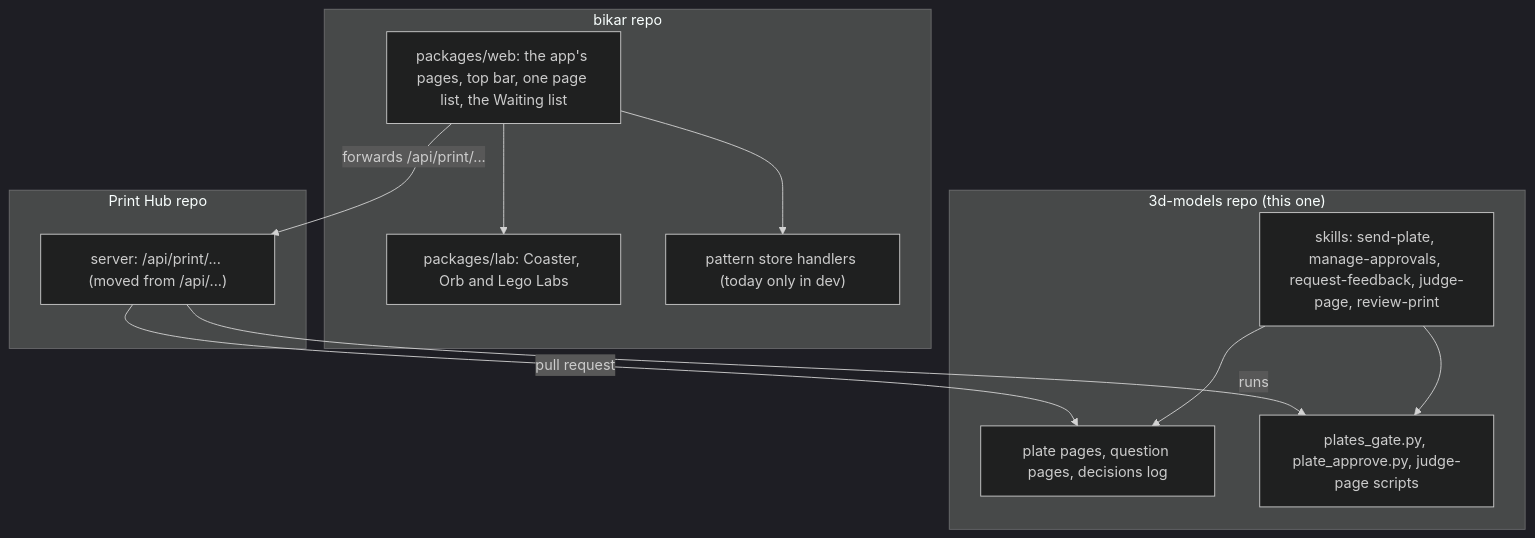
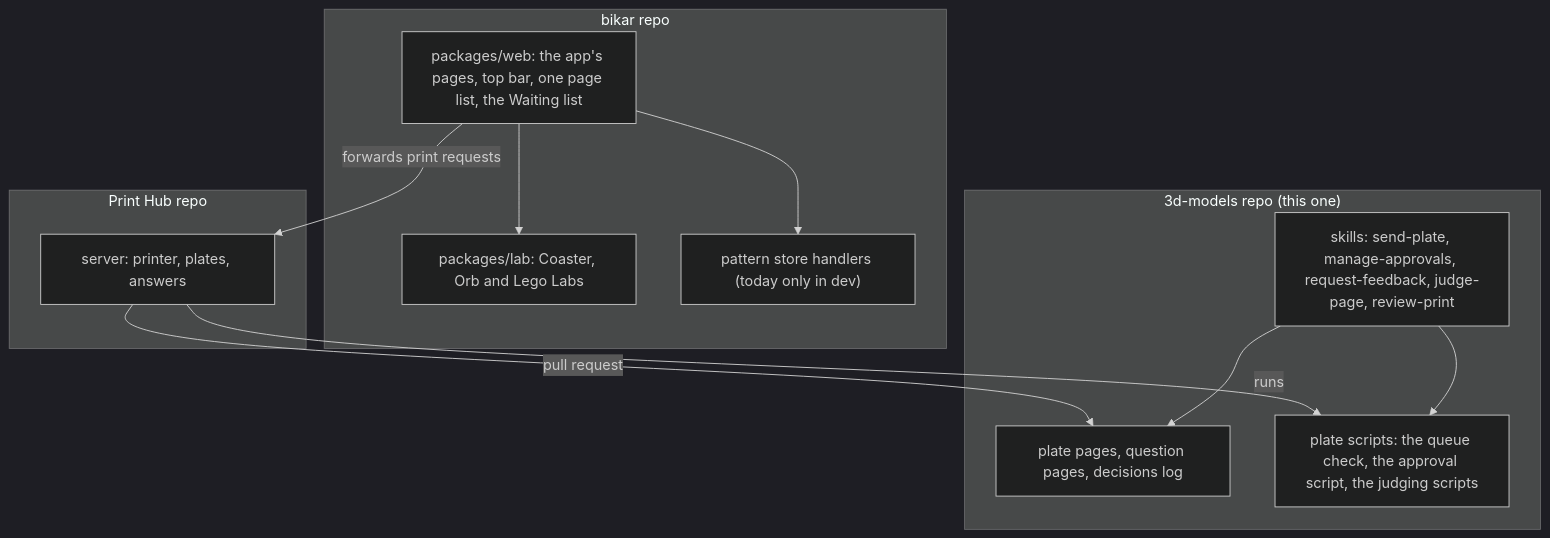
One commit to omars-lab/3d-models changed the seventh of 11 diagrams in docs/design/process/users-and-surfaces-design.md. Above: the diagram before and after it, drawn with Mermaid (dark theme). The commit also changed other lines of this file and 1 other file, not shown here.

````diff
--- a/docs/design/process/users-and-surfaces-design.md
+++ b/docs/design/process/users-and-surfaces-design.md
@@ -437,23 +442,23 @@
 ```mermaid
 flowchart TB
   subgraph bikar["bikar repo"]
     web["packages/web: the app's pages, top bar, one page list, the Waiting list"]
     labs["packages/lab: Coaster, Orb and Lego Labs"]
     store["pattern store handlers (today only in dev)"]
   end
   subgraph hubrepo["Print Hub repo"]
-    api["server: /api/print/... (moved from /api/...)"]
+    api["server: printer, plates, answers"]
   end
   subgraph threed["3d-models repo (this one)"]
     pages["plate pages, question pages, decisions log"]
-    scripts["plates_gate.py, plate_approve.py, judge-page scripts"]
+    scripts["plate scripts: the queue check, the approval script, the judging scripts"]
     skills["skills: send-plate, manage-approvals, request-feedback, judge-page, review-print"]
   end
   web --> labs
   web --> store
-  web -->|"forwards /api/print/..."| api
+  web -->|"forwards print requests"| api
   api -->|"runs"| scripts
   api -->|"pull request"| pages
   skills --> scripts
   skills --> pages
 ```
````
